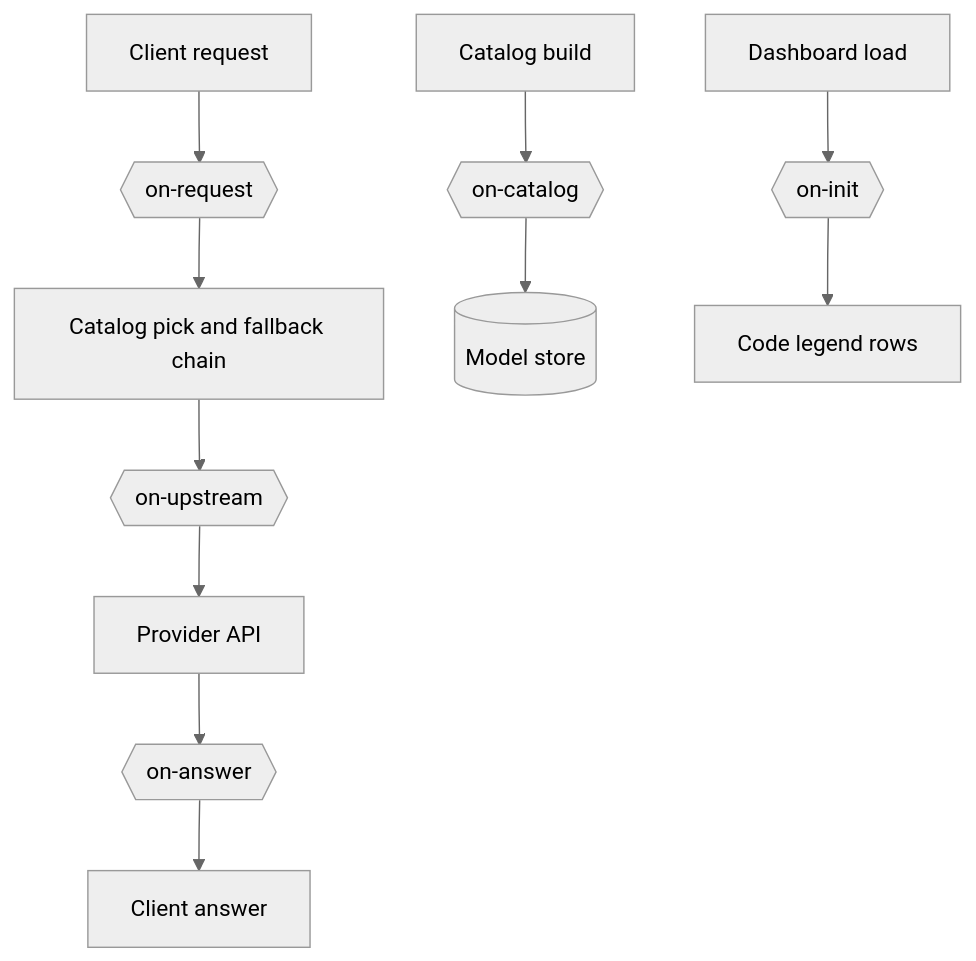
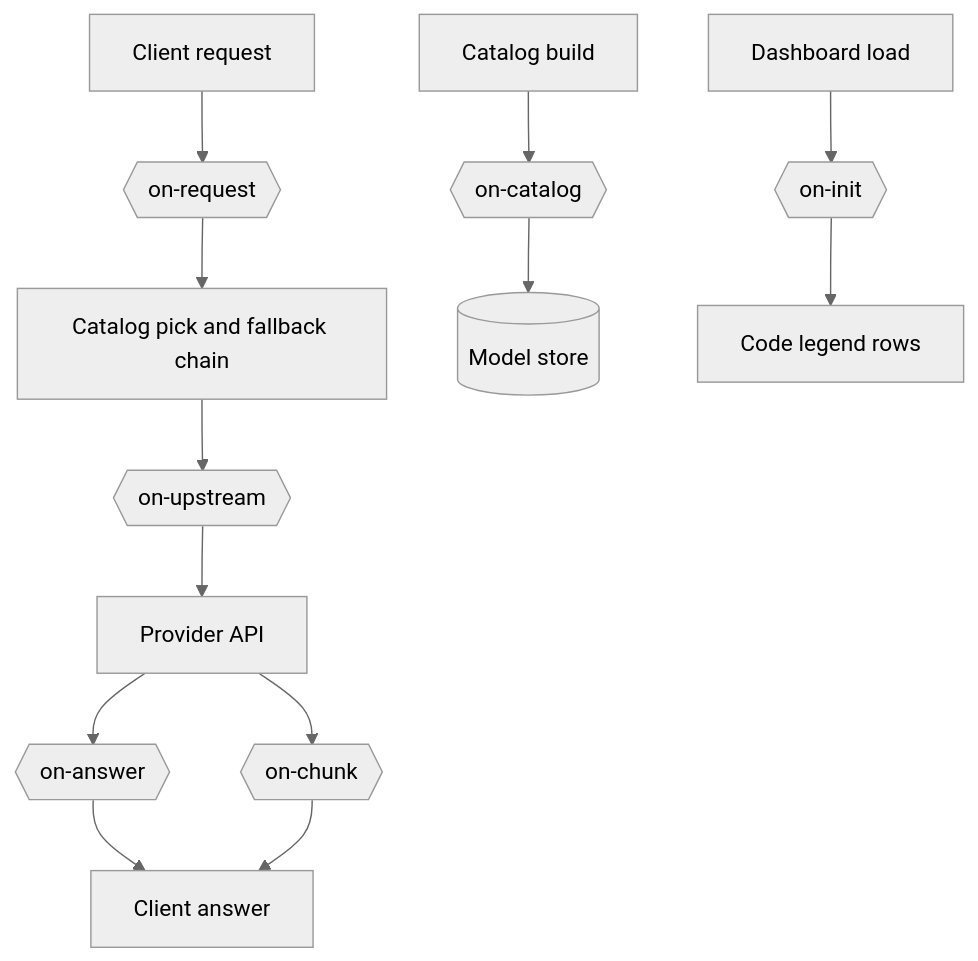
One commit to nemoe7/daedalus changed the diagram in docs/hooks.md. Above: the diagram before and after it, drawn with Mermaid (neutral theme). The commit also changed other lines of this file and 14 other files, not shown here.

````diff
--- a/docs/hooks.md
+++ b/docs/hooks.md
@@ -32,13 +33,15 @@
 ```mermaid
 flowchart TD
   A[Client request] --> B{{on-request}}
   B --> C[Catalog pick and fallback chain]
   C --> D{{on-upstream}}
   D --> E[Provider API]
   E --> F{{on-answer}}
   F --> G[Client answer]
+  E --> N{{on-chunk}}
+  N --> G
   H[Catalog build] --> I{{on-catalog}}
   I --> J[(Model store)]
   K[Dashboard load] --> L{{on-init}}
   L --> M[Code legend rows]
 ```
````
